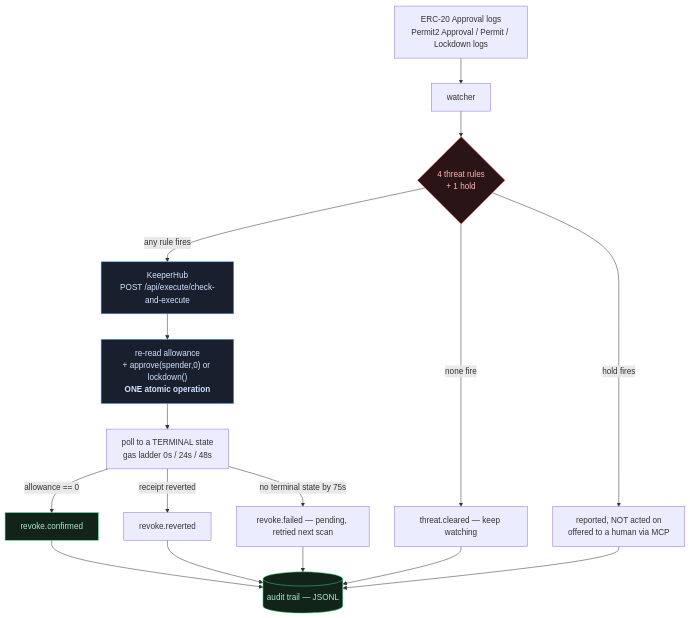
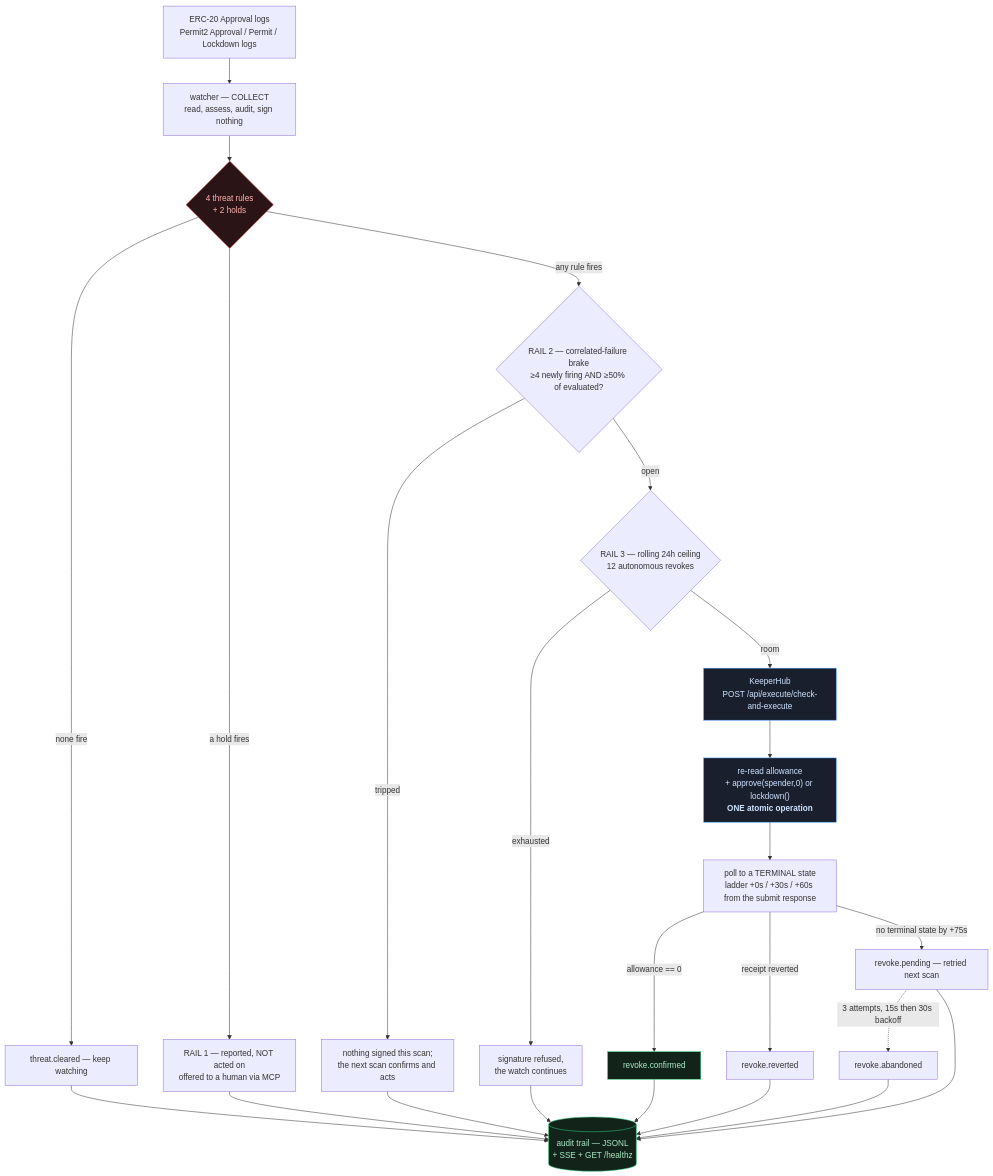
One commit to edycutjong/revoker changed the diagram in README.md. Above: the diagram before and after it, drawn with Mermaid. The commit also changed other lines of this file and 2 other files, not shown here.

````diff
--- a/README.md
+++ b/README.md
@@ -391,25 +406,33 @@
 ```mermaid
 flowchart TD
-    A["ERC-20 Approval logs<br/>Permit2 Approval / Permit / Lockdown logs"] --> B[watcher]
-    B --> C{"4 threat rules<br/>+ 1 hold"}
+    A["ERC-20 Approval logs<br/>Permit2 Approval / Permit / Lockdown logs"] --> B["watcher — COLLECT<br/>read, assess, audit, sign nothing"]
+    B --> C{"4 threat rules<br/>+ 2 holds"}
     C -->|none fire| D["threat.cleared — keep watching"]
-    C -->|hold fires| K["reported, NOT acted on<br/>offered to a human via MCP"]
-    C -->|any rule fires| E["KeeperHub<br/>POST /api/execute/check-and-execute"]
+    C -->|a hold fires| K["RAIL 1 — reported, NOT acted on<br/>offered to a human via MCP"]
+    C -->|any rule fires| Q{"RAIL 2 — correlated-failure brake<br/>≥4 newly firing AND ≥50% of evaluated?"}
+    Q -->|tripped| S["nothing signed this scan;<br/>the next scan confirms and acts"]
+    Q -->|open| R{"RAIL 3 — rolling 24h ceiling<br/>12 autonomous revokes"}
+    R -->|exhausted| T["signature refused,<br/>the watch continues"]
+    R -->|room| E["KeeperHub<br/>POST /api/execute/check-and-execute"]
     E --> F["re-read allowance<br/>+ approve(spender,0) or lockdown()<br/><b>ONE atomic operation</b>"]
-    F --> G["poll to a TERMINAL state<br/>gas ladder 0s / 24s / 48s"]
+    F --> G["poll to a TERMINAL state<br/>ladder +0s / +30s / +60s from the submit response"]
     G -->|allowance == 0| H["revoke.confirmed"]
     G -->|receipt reverted| I["revoke.reverted"]
-    G -->|no terminal state by 75s| P["revoke.failed — pending, retried next scan"]
-    H --> J[("audit trail — JSONL")]
+    G -->|no terminal state by +75s| P["revoke.pending — retried next scan"]
+    P -.->|3 attempts, 15s then 30s backoff| AB["revoke.abandoned"]
+    H --> J[("audit trail — JSONL<br/>+ SSE + GET /healthz")]
     I --> J
     P --> J
+    AB --> J
     D --> J
     K --> J
+    S --> J
+    T --> J
 
     classDef threat fill:#2a1416,stroke:#ff5c5c,color:#ffb3b3
     classDef act fill:#1a1f2e,stroke:#4ea1ff,color:#cfe4ff
     classDef ok fill:#12241a,stroke:#35d07f,color:#a9e9c6
     class C threat
     class E,F act
     class H,J ok
 ```
````
